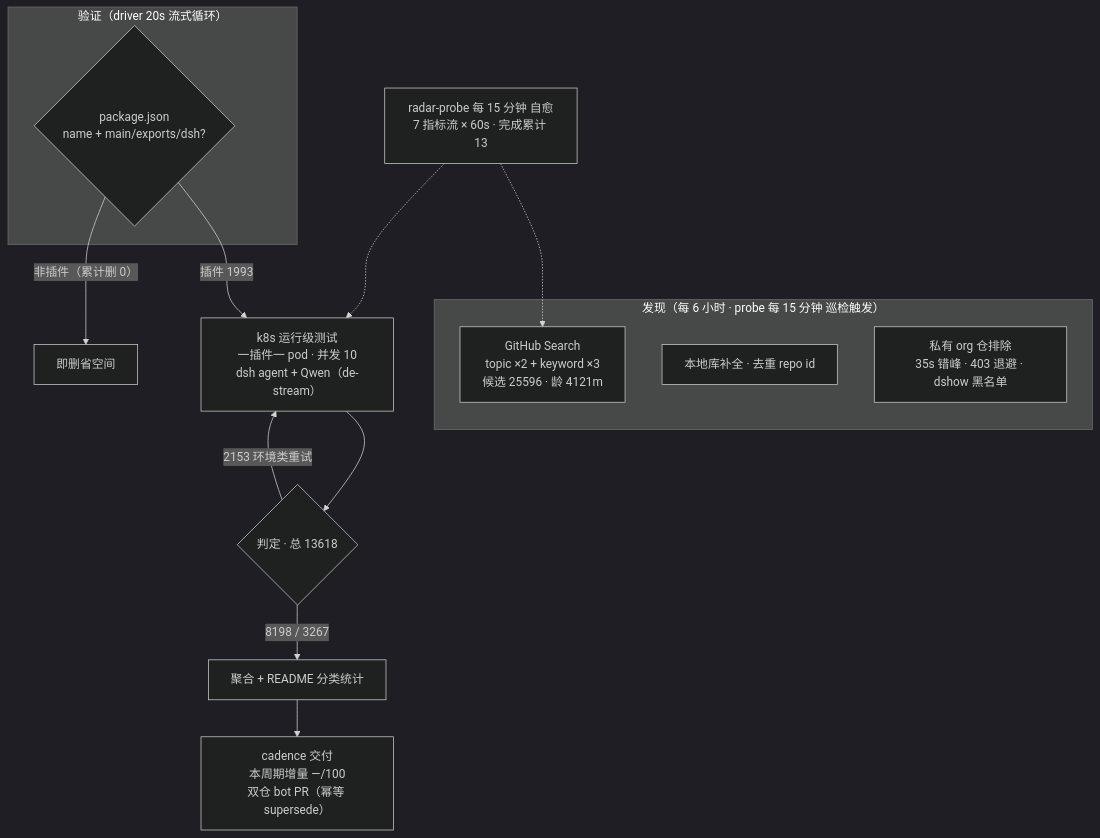
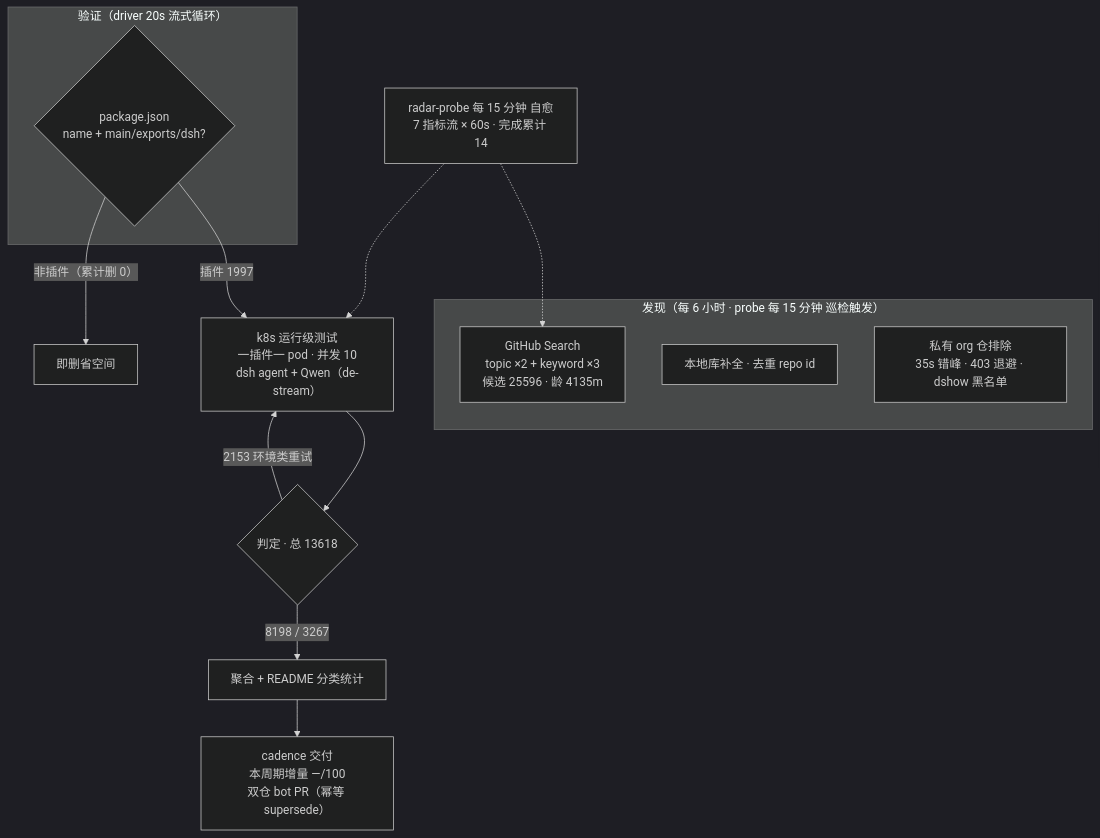
Before and after one commit to Zhidao-Lab-OSS/awesome-dsh-plugins: the diagram in README.md, drawn with Mermaid (dark theme). The commit also changed other lines of this file and 1 other file, not shown here.

Commit message:
readme-render: 渲染自快照 20261004T181501Z（自托管 Bot B · merge 门控）

````diff
--- a/README.md
+++ b/README.md
@@ -54,20 +54,20 @@
 ```mermaid
 flowchart TB
     subgraph Discovery["发现（每 6 小时 · probe 每 15 分钟 巡检触发）"]
-        A1["GitHub Search<br/>topic ×2 + keyword ×3<br/>候选 25596 · 龄 4121m"]
+        A1["GitHub Search<br/>topic ×2 + keyword ×3<br/>候选 25596 · 龄 4135m"]
         A2["本地库补全 · 去重 repo id"]
         A3["私有 org 仓排除<br/>35s 错峰 · 403 退避 · dshow 黑名单"]
     end
     subgraph Validation["验证（driver 20s 流式循环）"]
         B1{"package.json<br/>name + main/exports/dsh?"}
     end
-    B1 -->|"插件 1993"| C1["k8s 运行级测试<br/>一插件一 pod · 并发 10<br/>dsh agent + Qwen（de-stream）"]
+    B1 -->|"插件 1997"| C1["k8s 运行级测试<br/>一插件一 pod · 并发 10<br/>dsh agent + Qwen（de-stream）"]
     B1 -->|"非插件（累计删 0）"| B3["即删省空间"]
     C1 --> D1{"判定 · 总 13618"}
     D1 -->|"8198 / 3267"| E1["聚合 + README 分类统计"]
     D1 -->|"2153 环境类重试"| C1
     E1 --> E2["cadence 交付<br/>本周期增量 —/100<br/>双仓 bot PR（幂等 supersede）"]
-    M["radar-probe 每 15 分钟 自愈<br/>7 指标流 × 60s · 完成累计 13"]
+    M["radar-probe 每 15 分钟 自愈<br/>7 指标流 × 60s · 完成累计 14"]
     M -.-> A1
     M -.-> C1
 ```
````
